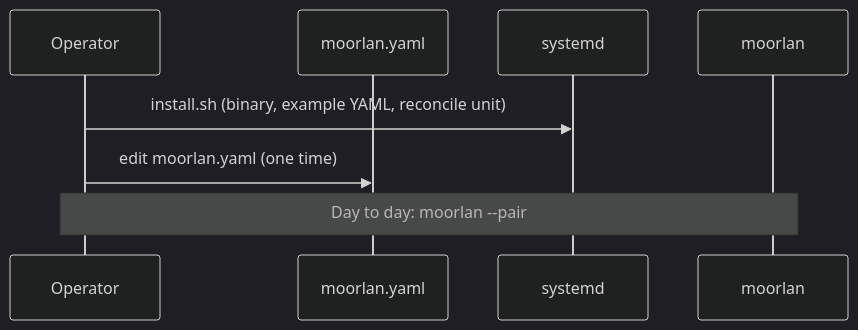
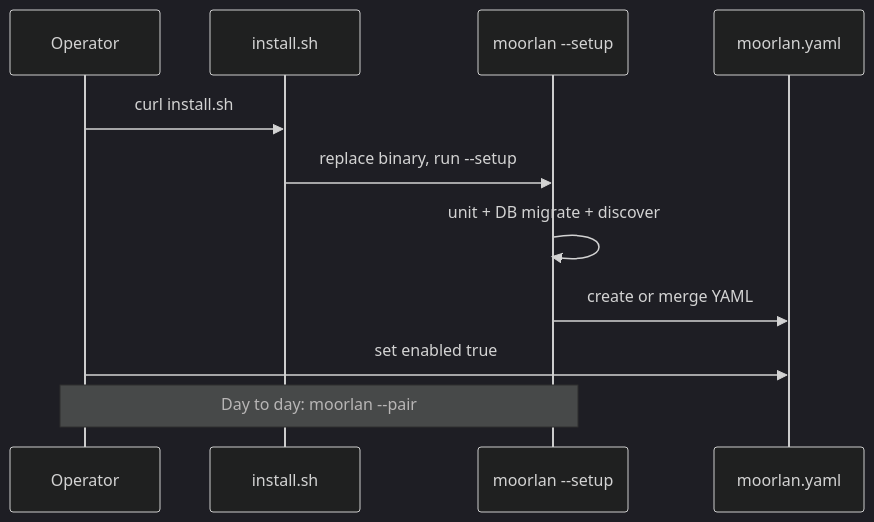
The second of 2 diagrams in server/ARCHITECTURE.md (sumitgahoi/moorlan), drawn with Mermaid (dark theme) before and after one commit. The commit also changed other lines of this file and 15 other files, not shown here.

First line of the commit message:
Add Tailscale-shaped install with --setup YAML discovery.

````diff
--- a/server/ARCHITECTURE.md
+++ b/server/ARCHITECTURE.md
@@ -71,11 +71,14 @@
 ```mermaid
 sequenceDiagram
   participant Op as Operator
+  participant Sh as install.sh
+  participant CLI as moorlan --setup
   participant Conf as moorlan.yaml
-  participant Sys as systemd
-  participant CLI as moorlan
 
-  Op->>Sys: install.sh (binary, example YAML, reconcile unit)
-  Op->>Conf: edit moorlan.yaml (one time)
+  Op->>Sh: curl install.sh
+  Sh->>CLI: replace binary, run --setup
+  CLI->>CLI: unit + DB migrate + discover
+  CLI->>Conf: create or merge YAML
+  Op->>Conf: set enabled true
   Note over Op,CLI: Day to day: moorlan --pair
 ```
````
